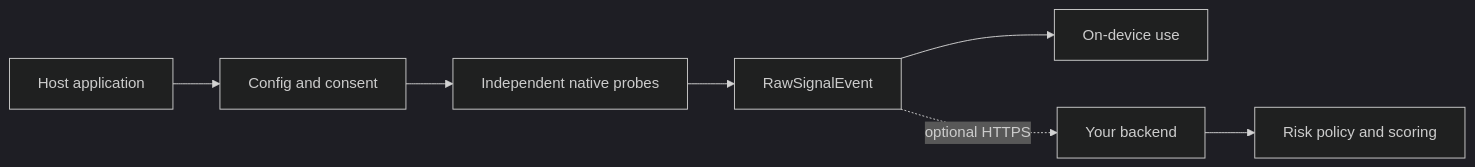
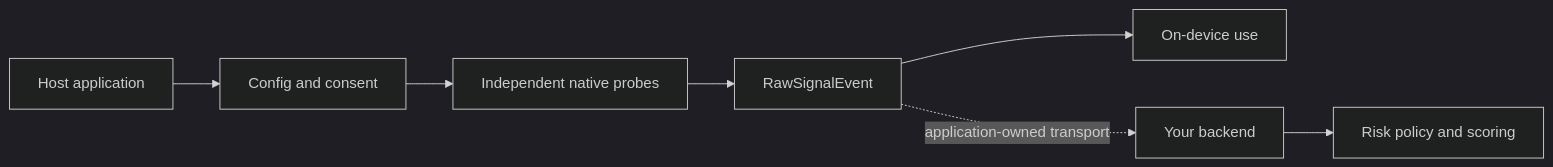
One commit to AfanasievN/react-native-device-risk-signals changed the diagram in README.md. Above: the diagram before and after it, drawn with Mermaid (dark theme). The commit also changed other lines of this file and 35 other files, not shown here.

````diff
--- a/README.md
+++ b/README.md
@@ -495,9 +517,9 @@
 ```mermaid
 flowchart LR
   A[Host application] --> B[Config and consent]
   B --> C[Independent native probes]
   C --> D[RawSignalEvent]
   D --> E[On-device use]
-  D -.->|optional HTTPS| F[Your backend]
+  D -.->|application-owned transport| F[Your backend]
   F --> G[Risk policy and scoring]
 ```
````
